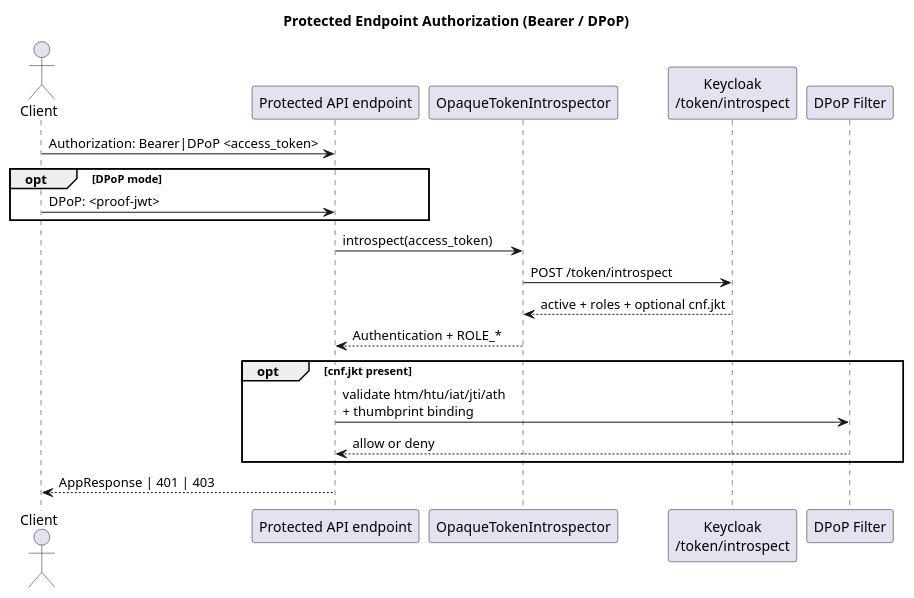
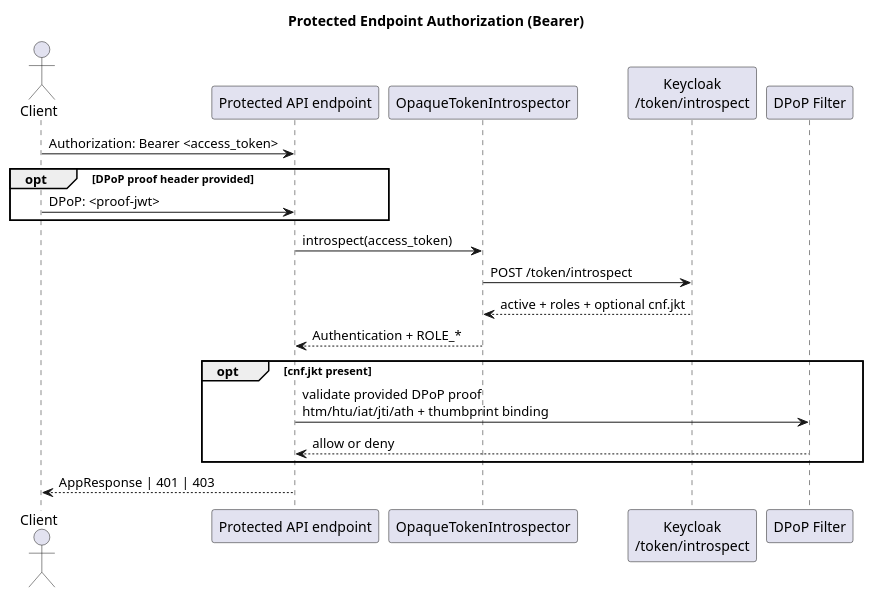
The diagram in docs/diagrams/sequence-protected-authorization.puml (igorsatsyuk/jwt-demo), drawn with PlantUML before and after one commit. The commit also changed 3 other files, not shown here.

Commit message:
docs: align protected auth diagram with implemented flow

```diff
--- a/docs/diagrams/sequence-protected-authorization.puml
+++ b/docs/diagrams/sequence-protected-authorization.puml
@@ -1,27 +1,27 @@
 @startuml
-title Protected Endpoint Authorization (Bearer / DPoP)
+title Protected Endpoint Authorization (Bearer)
 
 actor Client
 participant "Protected API endpoint" as API
 participant "OpaqueTokenIntrospector" as Intro
 participant "Keycloak\n/token/introspect" as KC
 participant "DPoP Filter" as DPoP
 
-Client -> API: Authorization: Bearer|DPoP <access_token>
-opt DPoP mode
+Client -> API: Authorization: Bearer <access_token>
+opt DPoP proof header provided
   Client -> API: DPoP: <proof-jwt>
 end
 
 API -> Intro: introspect(access_token)
 Intro -> KC: POST /token/introspect
 KC --> Intro: active + roles + optional cnf.jkt
 Intro --> API: Authentication + ROLE_*
 
 opt cnf.jkt present
-  API -> DPoP: validate htm/htu/iat/jti/ath\n+ thumbprint binding
+  API -> DPoP: validate provided DPoP proof\nhtm/htu/iat/jti/ath + thumbprint binding
   DPoP --> API: allow or deny
 end
 
 API --> Client: AppResponse | 401 | 403
 
 @enduml
```
